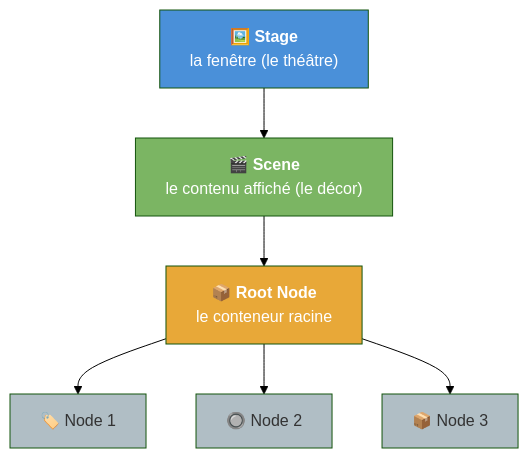
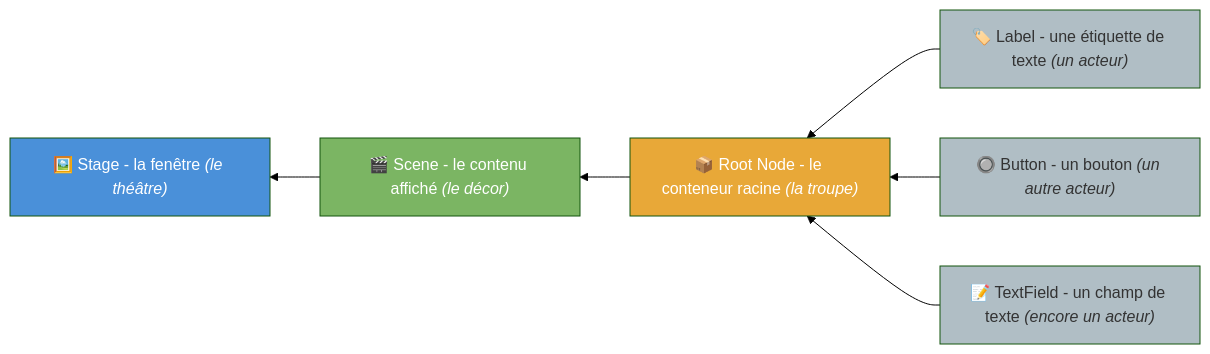
Before and after one commit to IUTInfoAix-R202/cours: the first of 4 diagrams in cm1-fondations-ihm.md, drawn with Mermaid (forest theme). The commit also changed other lines of this file, not shown here.

First line of the commit message:
docs(cm1): slides théâtre finalisés (SVG + graphe de scène + 3 briques)

````diff
--- a/cm1-fondations-ihm.md
+++ b/cm1-fondations-ihm.md
@@ -682,21 +689,23 @@
 ```mermaid
-graph TD
-    ST["🖼️ <b>Stage</b><br/>la fenêtre (le théâtre)"]
-    SC["🎬 <b>Scene</b><br/>le contenu affiché (le décor)"]
-    R["📦 <b>Root Node</b><br/>le conteneur racine"]
-    N1["🏷️ Node 1"]
-    N2["🔘 Node 2"]
-    N3["📦 Node 3"]
+graph RL
+    ST["🖼️ Stage - la fenêtre <i>(le théâtre)</i>"]
+    SC["🎬 Scene - le contenu affiché <i>(le décor)</i>"]
+    R["📦 Root Node - le conteneur racine <i>(la troupe)</i>"]
+    N1["🏷️ Label - une étiquette de texte <i>(un acteur)</i>"]
+    N2["🔘 Button - un bouton <i>(un autre acteur)</i>"]
+    N3["📝 TextField - un champ de texte <i>(encore un acteur)</i>"]
 
-    ST --> SC --> R
-    R --> N1
-    R --> N2
-    R --> N3
+    SC --> ST
+    R --> SC
+     
+    N1 --> R
+    N2 --> R
+    N3 --> R
 
     style ST fill:#4a90d9,color:white
     style SC fill:#7bb563,color:white
     style R fill:#e8a838,color:white
     style N1 fill:#b0bec5,color:#333
     style N2 fill:#b0bec5,color:#333
     style N3 fill:#b0bec5,color:#333
 ```
````
